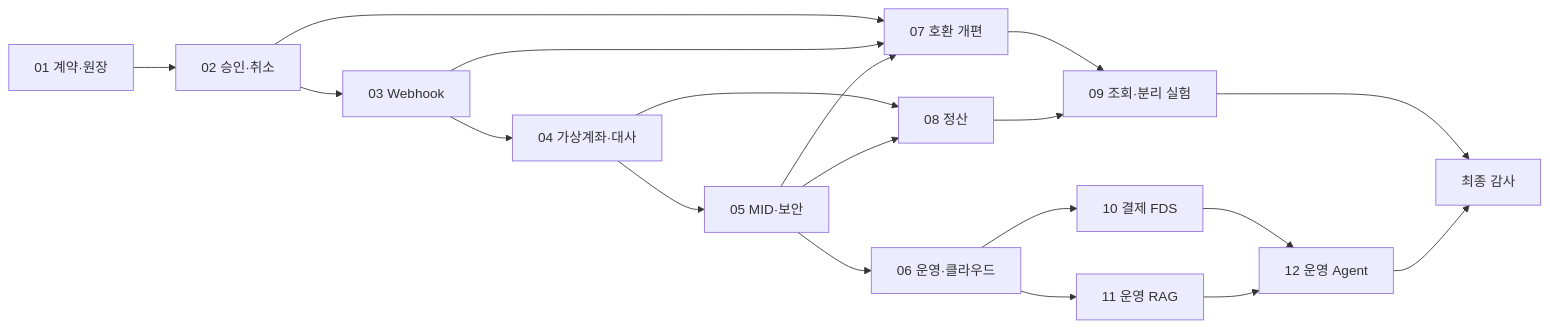
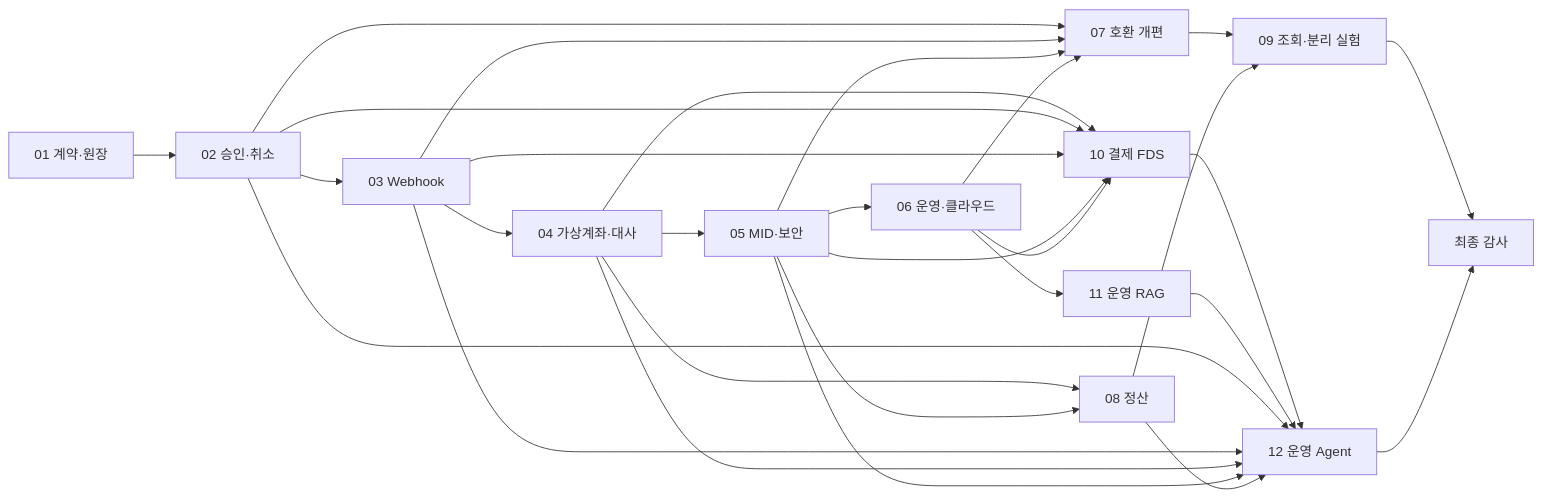
One commit to whoisyourbias/financial changed the diagram in MASTER_PLAN.md. Above: the diagram before and after it, drawn with Mermaid. The commit also changed other lines of this file and 35 other files, not shown here.

````diff
--- a/MASTER_PLAN.md
+++ b/MASTER_PLAN.md
@@ -73,21 +73,31 @@
 ```mermaid
 flowchart LR
   P01[01 계약·원장] --> P02[02 승인·취소]
   P02 --> P03[03 Webhook]
   P03 --> P04[04 가상계좌·대사]
   P04 --> P05[05 MID·보안]
   P05 --> P06[06 운영·클라우드]
   P02 --> P07[07 호환 개편]
   P03 --> P07
   P05 --> P07
+  P06 --> P07
   P04 --> P08[08 정산]
   P05 --> P08
   P07 --> P09[09 조회·분리 실험]
   P08 --> P09
+  P04 --> P10[10 결제 FDS]
+  P02 --> P10
+  P03 --> P10
+  P05 --> P10
   P06 --> P10[10 결제 FDS]
   P06 --> P11[11 운영 RAG]
   P10 --> P12[12 운영 Agent]
   P11 --> P12
+  P02 --> P12
+  P03 --> P12
+  P04 --> P12
+  P05 --> P12
+  P08 --> P12
   P09 --> AUDIT[최종 감사]
   P12 --> AUDIT
 ```
````
